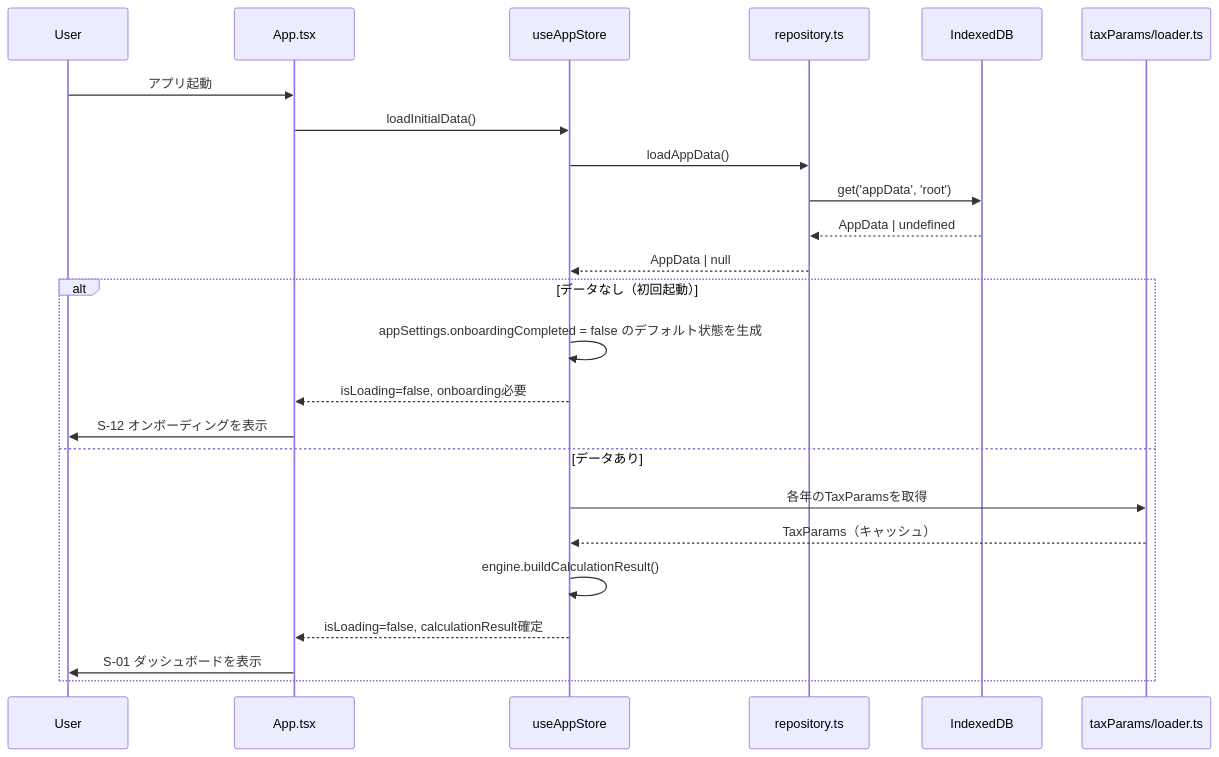
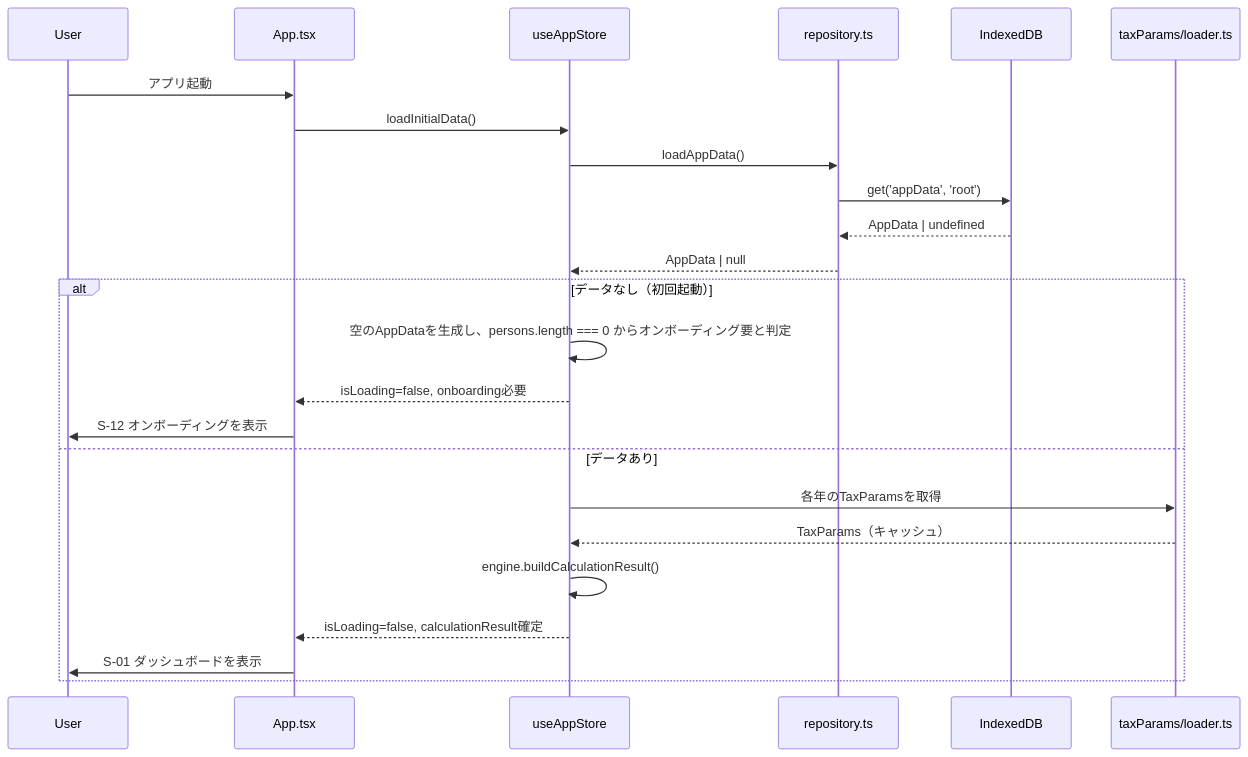
Before and after one commit to z0hx/kojin-tax-sim: the first of 6 diagrams in docs/03_詳細設計書_税額シミュレータ.md, drawn with Mermaid. The commit also changed other lines of this file and 23 other files, not shown here.

````diff
--- a/docs/03_詳細設計書_税額シミュレータ.md
+++ b/docs/03_詳細設計書_税額シミュレータ.md
@@ -660,27 +657,27 @@
 ```mermaid
 sequenceDiagram
     participant U as User
     participant App as App.tsx
     participant Store as useAppStore
     participant Repo as repository.ts
     participant IDB as IndexedDB
     participant Loader as taxParams/loader.ts
 
     U->>App: アプリ起動
     App->>Store: loadInitialData()
     Store->>Repo: loadAppData()
     Repo->>IDB: get('appData', 'root')
     IDB-->>Repo: AppData | undefined
     Repo-->>Store: AppData | null
     alt データなし（初回起動）
-        Store->>Store: appSettings.onboardingCompleted = false のデフォルト状態を生成
+        Store->>Store: 空のAppDataを生成し、persons.length === 0 からオンボーディング要と判定
         Store-->>App: isLoading=false, onboarding必要
         App->>U: S-12 オンボーディングを表示
     else データあり
         Store->>Loader: 各年のTaxParamsを取得
         Loader-->>Store: TaxParams（キャッシュ）
         Store->>Store: engine.buildCalculationResult()
         Store-->>App: isLoading=false, calculationResult確定
         App->>U: S-01 ダッシュボードを表示
     end
 ```
````
